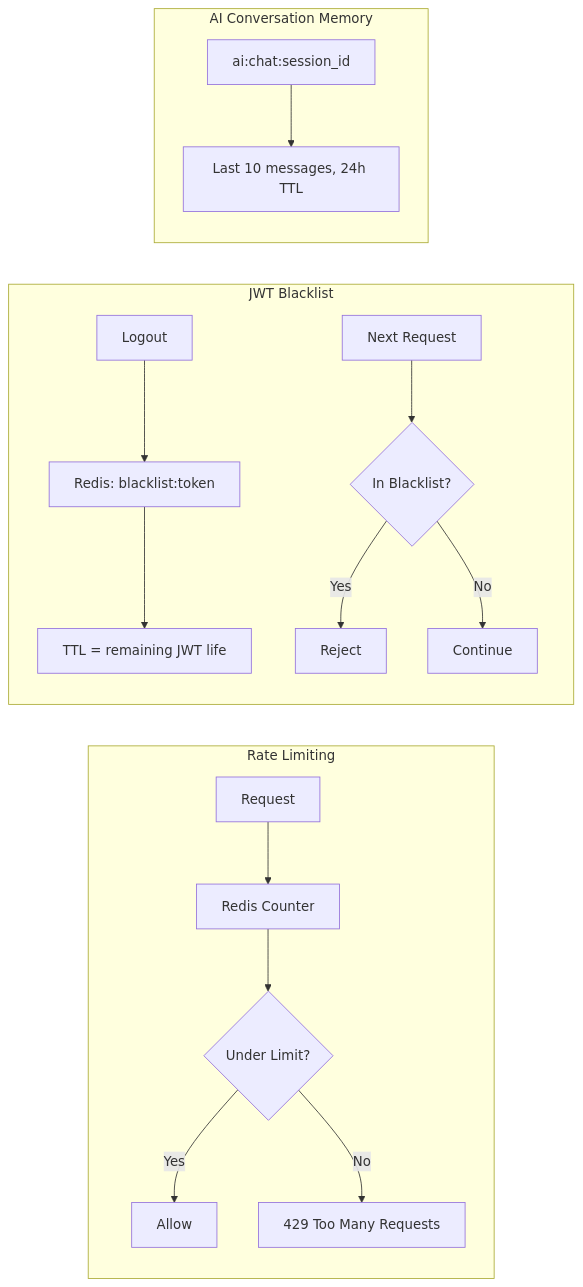
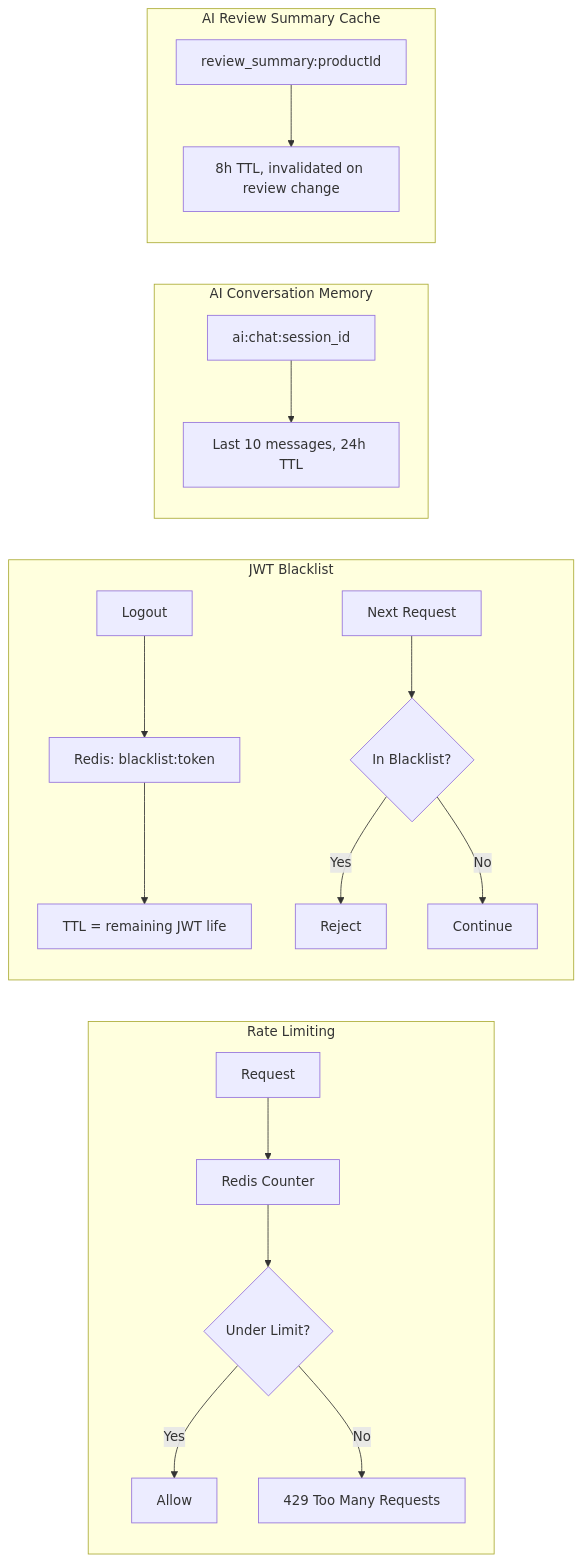
Diagram 11 of 16 in README.md (Hardeep-Malhotra/fullstack-mern-ecommerce), drawn with Mermaid before and after one commit. The commit also changed other lines of this file, not shown here.

Commit message:
feat: Add AI Review Summarizer feature with caching and structured output

````diff
--- a/README.md
+++ b/README.md
@@ -438,18 +441,21 @@
 ```mermaid
 flowchart LR
     subgraph RateLimit["Rate Limiting"]
         R1[Request] --> R2[Redis Counter] --> R3{Under Limit?}
         R3 -->|Yes| R4[Allow]
         R3 -->|No| R5[429 Too Many Requests]
     end
     subgraph Blacklist["JWT Blacklist"]
         B1[Logout] --> B2["Redis: blacklist:token"]
         B2 --> B3["TTL = remaining JWT life"]
         B4[Next Request] --> B5{In Blacklist?}
         B5 -->|Yes| B6[Reject]
         B5 -->|No| B7[Continue]
     end
     subgraph AIMemory["AI Conversation Memory"]
         AM1["ai:chat:session_id"] --> AM2["Last 10 messages, 24h TTL"]
     end
+    subgraph ReviewCache["AI Review Summary Cache"]
+        RC1["review_summary:productId"] --> RC2["8h TTL, invalidated on review change"]
+    end
 ```
````
